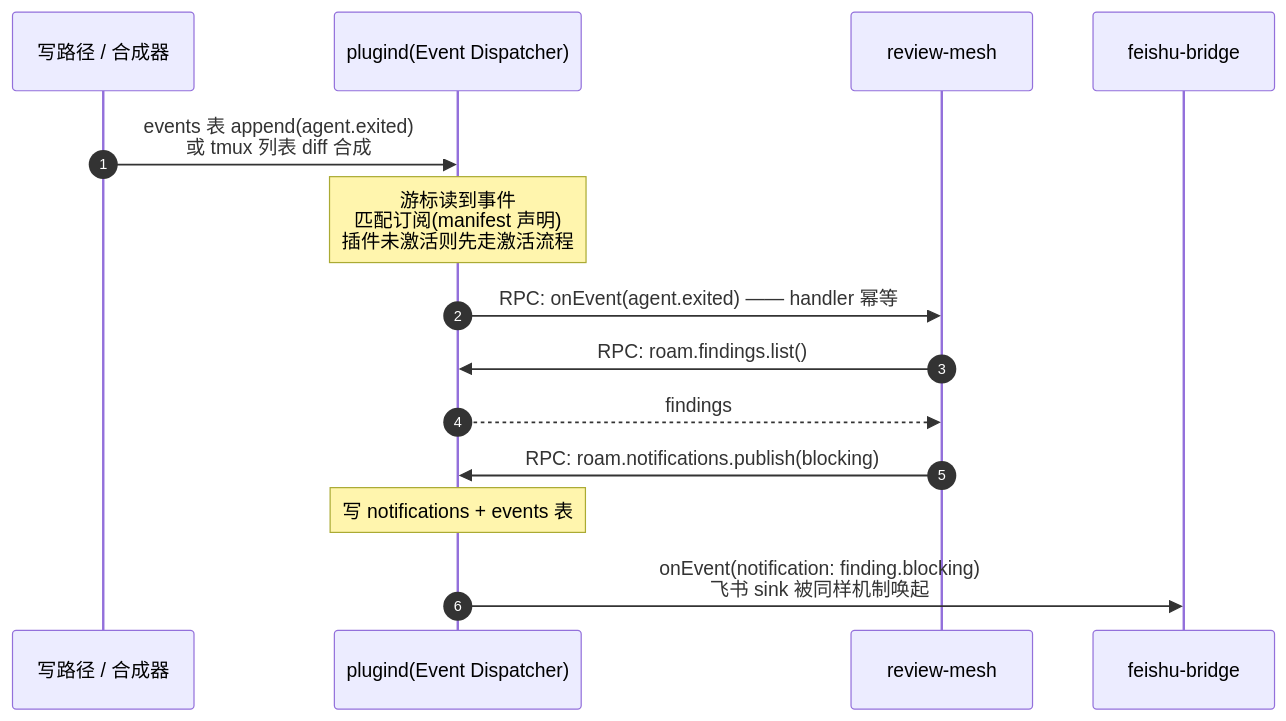
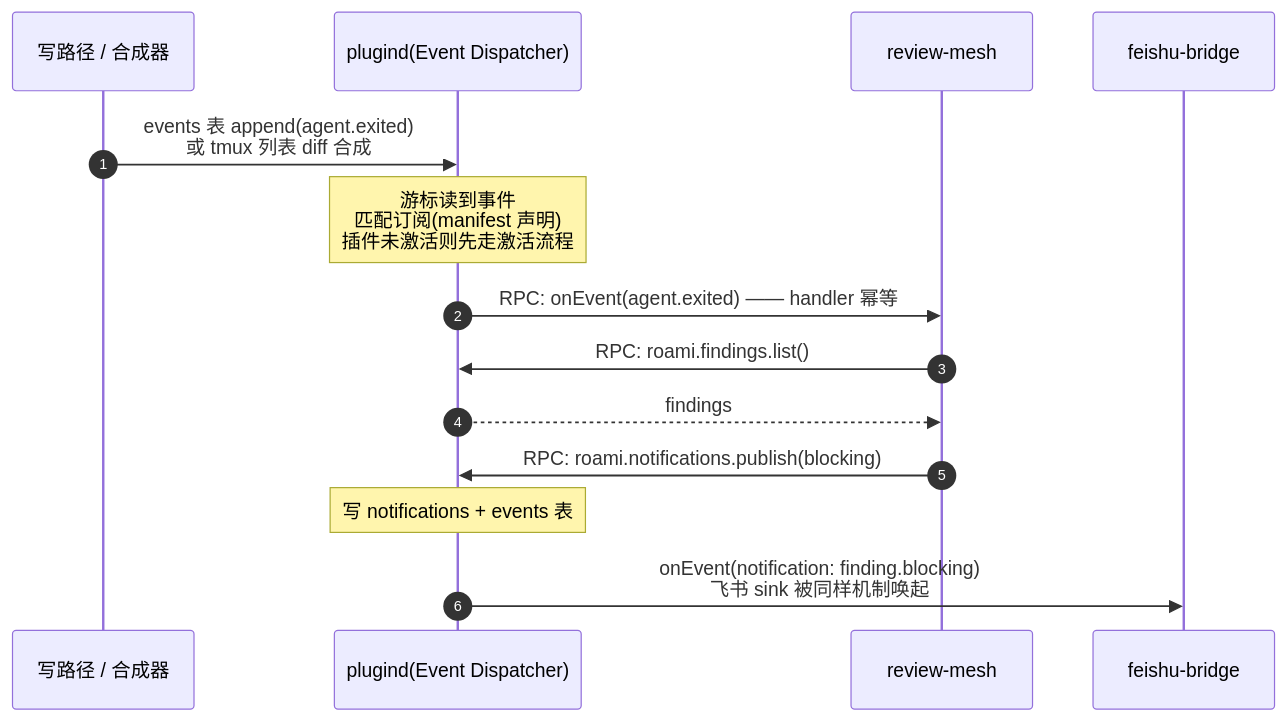
The sixth of 9 diagrams in docs/design/plugin/04-architecture.md (ybz21/Roam), drawn with Mermaid before and after one commit. The commit also changed other lines of this file and 95 other files, not shown here.

First line of the commit message:
refactor(brand)!: Roam → Roami（含 ~/.roam 迁移、roam 软链、环境变量双向兼容）(#260)

````diff
--- a/docs/design/plugin/04-architecture.md
+++ b/docs/design/plugin/04-architecture.md
@@ -420,17 +420,17 @@
 ```mermaid
 sequenceDiagram
     autonumber
     participant W as 写路径 / 合成器
     participant D as plugind(Event Dispatcher)
     participant R as review-mesh
     participant F as feishu-bridge
 
     W->>D: events 表 append(agent.exited)<br/>或 tmux 列表 diff 合成
     Note over D: 游标读到事件<br/>匹配订阅(manifest 声明)<br/>插件未激活则先走激活流程
     D->>R: RPC: onEvent(agent.exited) —— handler 幂等
-    R->>D: RPC: roam.findings.list()
+    R->>D: RPC: roami.findings.list()
     D-->>R: findings
-    R->>D: RPC: roam.notifications.publish(blocking)
+    R->>D: RPC: roami.notifications.publish(blocking)
     Note over D: 写 notifications + events 表
     D->>F: onEvent(notification: finding.blocking)<br/>飞书 sink 被同样机制唤起
 ```
````
